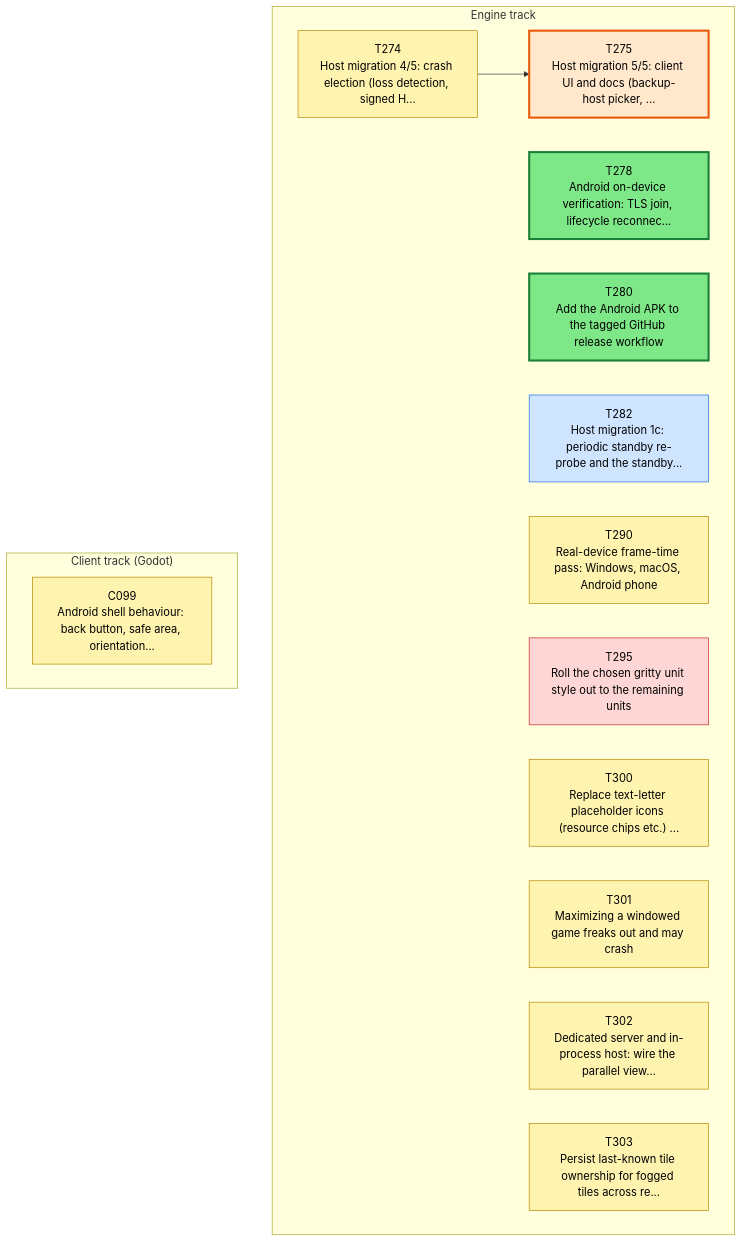
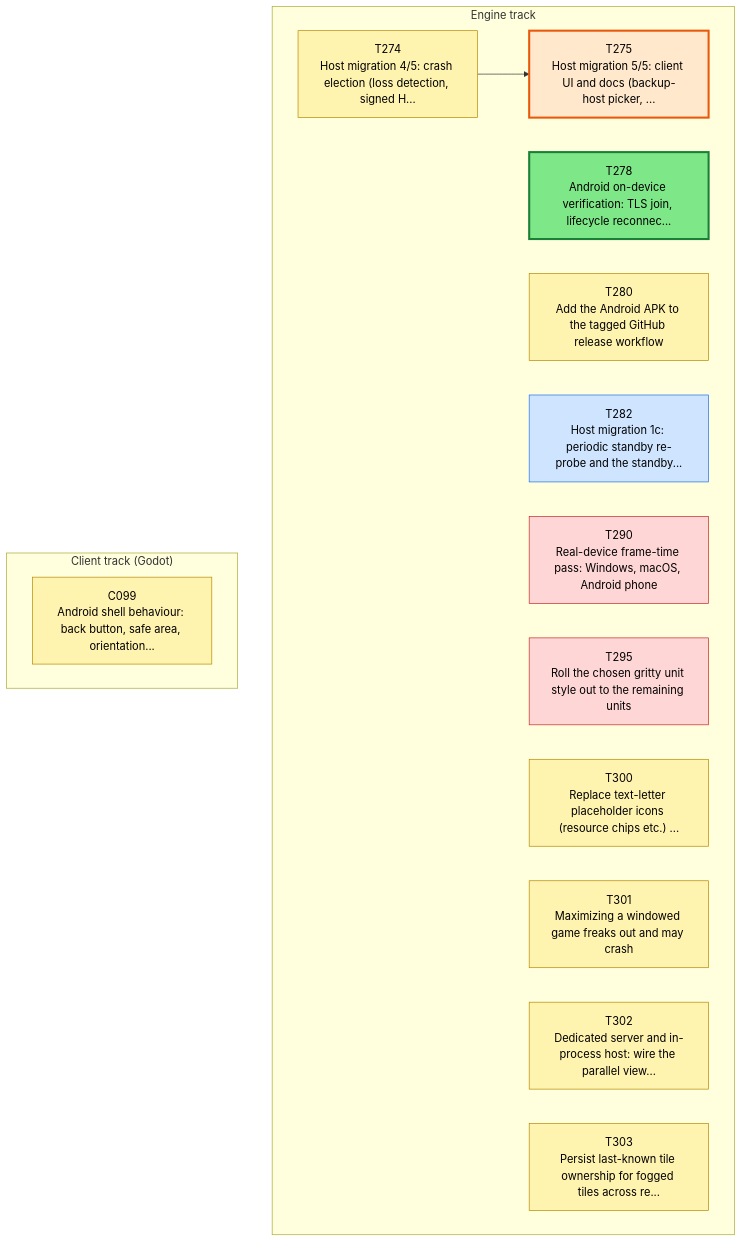
The first of 3 diagrams in csharp/migration/DEPENDENCY_MAP.md (Kenmura/Unciv), drawn with Mermaid before and after one commit. The commit also changed other lines of this file and 5 other files, not shown here.

````diff
--- a/csharp/migration/DEPENDENCY_MAP.md
+++ b/csharp/migration/DEPENDENCY_MAP.md
@@ -35,39 +35,39 @@
 ```mermaid
 flowchart TD
   subgraph TTRACK["Engine track"]
     T274["T274<br/>Host migration 4/5: crash election (loss detection, signed H..."]
     T275["T275<br/>Host migration 5/5: client UI and docs (backup-host picker, ..."]
     T278["T278<br/>Android on-device verification: TLS join, lifecycle reconnec..."]
     T280["T280<br/>Add the Android APK to the tagged GitHub release workflow"]
     T282["T282<br/>Host migration 1c: periodic standby re-probe and the standby..."]
     T290["T290<br/>Real-device frame-time pass: Windows, macOS, Android phone"]
     T295["T295<br/>Roll the chosen gritty unit style out to the remaining units"]
     T300["T300<br/>Replace text-letter placeholder icons (resource chips etc.) ..."]
     T301["T301<br/>Maximizing a windowed game freaks out and may crash"]
     T302["T302<br/>Dedicated server and in-process host: wire the parallel view..."]
     T303["T303<br/>Persist last-known tile ownership for fogged tiles across re..."]
   end
   subgraph CTRACK["Client track (Godot)"]
     C099["C099<br/>Android shell behaviour: back button, safe area, orientation..."]
   end
   T274 --> T275
   classDef waiting fill:#f3faf3,stroke:#9bc49b,color:#555,stroke-dasharray:2 2
   classDef ondeck fill:#ffe8cc,stroke:#e8590c,stroke-width:3px,color:#000
   classDef ready fill:#7ee787,stroke:#1a7f37,stroke-width:3px,color:#000
   classDef prog fill:#fff3b0,stroke:#b58900,color:#000
   classDef review fill:#cfe4ff,stroke:#1f6feb,color:#000
   classDef blocked fill:#ffd6d6,stroke:#c62828,color:#000
   classDef done fill:#eeeeee,stroke:#999999,color:#666,stroke-dasharray:4 3
   class C099 prog
   class T274 prog
   class T275 ondeck
   class T278 ready
-  class T280 ready
+  class T280 prog
   class T282 review
-  class T290 prog
+  class T290 blocked
   class T295 blocked
   class T300 prog
   class T301 prog
   class T302 prog
   class T303 prog
 ```
````
